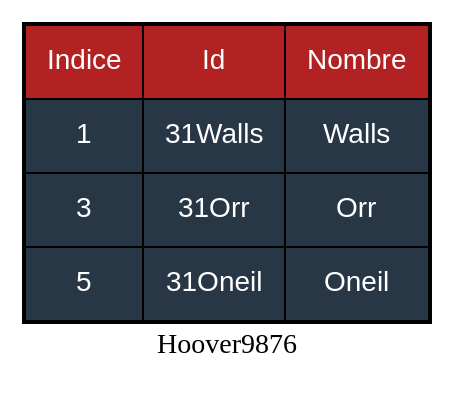
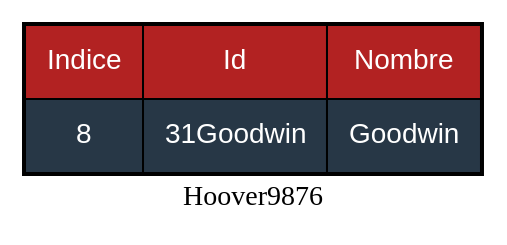
Before and after one commit to Desconocido502/-EDD_2S-BatallaNaval_201902502: the diagram in Fase 3/Cliente/EDDimg/HashTable_Base_html.dot, drawn with Graphviz. The commit also changed 34 other files, not shown here.

```diff
--- a/Fase 3/Cliente/EDDimg/HashTable_Base_html.dot
+++ b/Fase 3/Cliente/EDDimg/HashTable_Base_html.dot
@@ -1,27 +1,17 @@
 digraph html {
 node [fontname="Helvetica,Arial,sans-serif", fontcolor="white"]
 label="Hoover9876"
 abc [shape = none, margin = 0, label=<
 <TABLE BORDER = "1" CELLBORDER = "1" CELLSPACING="0" CELLPADDING="10">
 <TR>
 	<TD BGCOLOR="FireBrick">Indice</TD>
 	<TD BGCOLOR="FireBrick">Id</TD>
 	<TD BGCOLOR="FireBrick">Nombre</TD>
 </TR>
 <TR>
-	<TD BGCOLOR="#273746">1</TD>
-	<TD BGCOLOR="#273746">31Walls</TD>
-	<TD BGCOLOR="#273746">Walls</TD>
-</TR>
-<TR>
-	<TD BGCOLOR="#273746">3</TD>
-	<TD BGCOLOR="#273746">31Orr</TD>
-	<TD BGCOLOR="#273746">Orr</TD>
-</TR>
-<TR>
-	<TD BGCOLOR="#273746">5</TD>
-	<TD BGCOLOR="#273746">31Oneil</TD>
-	<TD BGCOLOR="#273746">Oneil</TD>
+	<TD BGCOLOR="#273746">8</TD>
+	<TD BGCOLOR="#273746">31Goodwin</TD>
+	<TD BGCOLOR="#273746">Goodwin</TD>
 </TR>
 </TABLE>>];
 }
```
